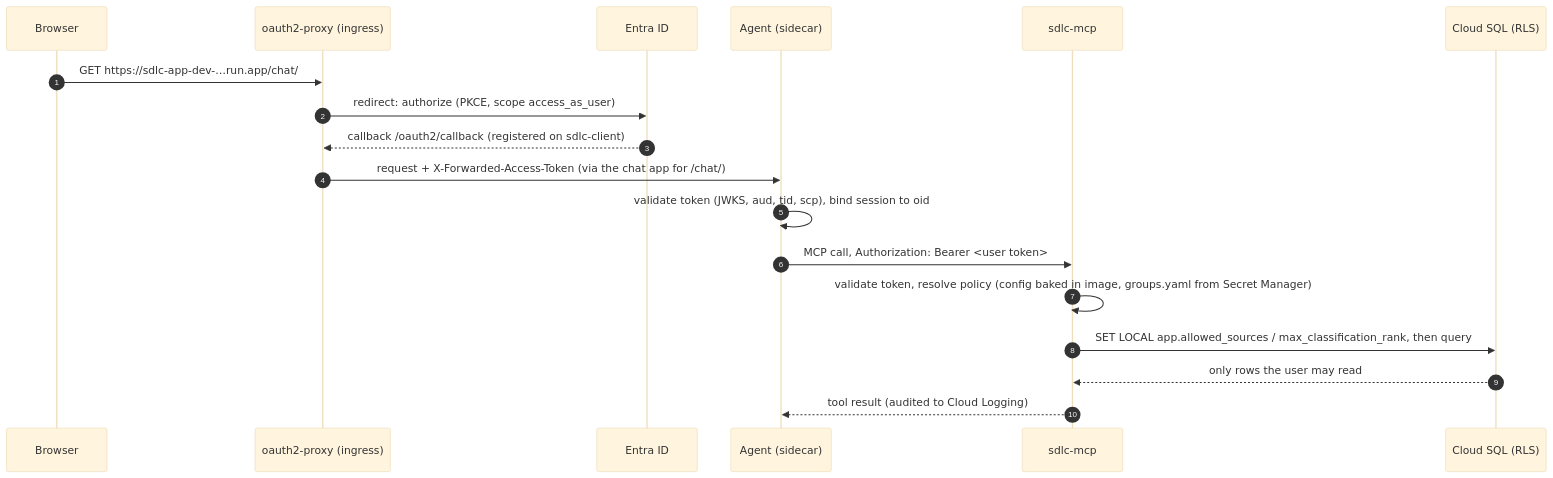
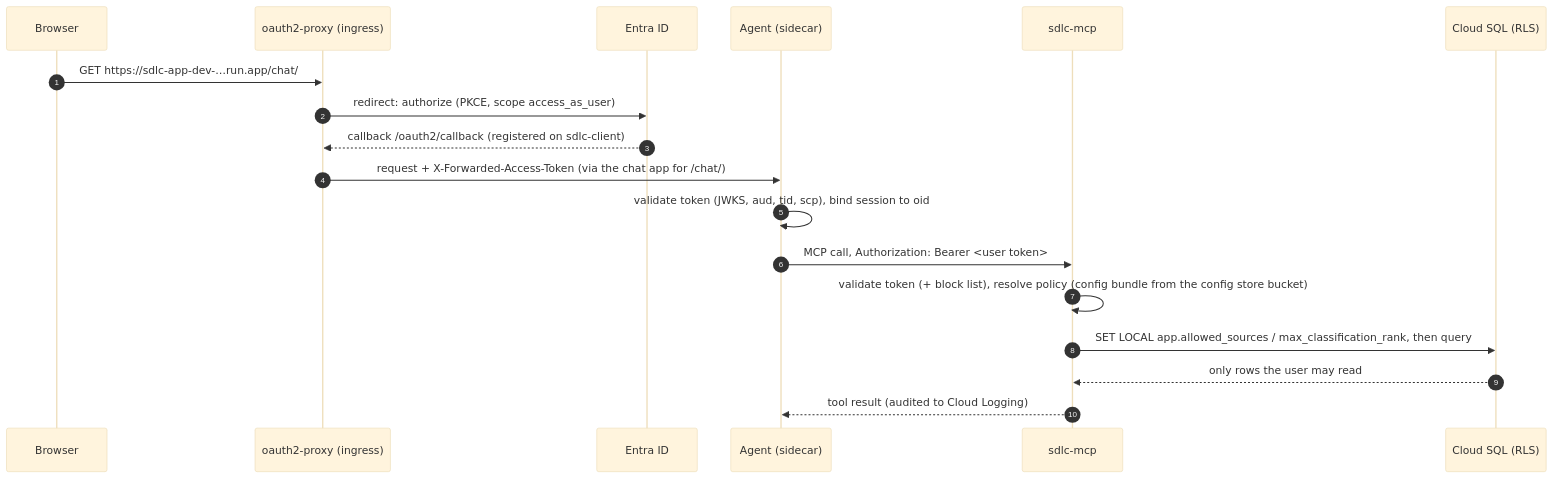
One commit to shaheenks/agentic-sdlc-core changed the second of 3 diagrams in docs/GCP_DEPLOYMENT.md. Above: the diagram before and after it, drawn with Mermaid (base theme). The commit also changed other lines of this file and 19 other files, not shown here.

````diff
--- a/docs/GCP_DEPLOYMENT.md
+++ b/docs/GCP_DEPLOYMENT.md
@@ -111,20 +114,20 @@
 ```mermaid
 sequenceDiagram
     autonumber
     participant B as Browser
     participant P as oauth2-proxy (ingress)
     participant E as Entra ID
     participant A as Agent (sidecar)
     participant M as sdlc-mcp
     participant D as Cloud SQL (RLS)
     B->>P: GET https://sdlc-app-dev-…run.app/chat/
     P->>E: redirect: authorize (PKCE, scope access_as_user)
     E-->>P: callback /oauth2/callback (registered on sdlc-client)
     P->>A: request + X-Forwarded-Access-Token (via the chat app for /chat/)
     A->>A: validate token (JWKS, aud, tid, scp), bind session to oid
     A->>M: MCP call, Authorization: Bearer <user token>
-    M->>M: validate token, resolve policy (config baked in image, groups.yaml from Secret Manager)
+    M->>M: validate token (+ block list), resolve policy (config bundle from the config store bucket)
     M->>D: SET LOCAL app.allowed_sources / max_classification_rank, then query
     D-->>M: only rows the user may read
     M-->>A: tool result (audited to Cloud Logging)
 ```
````
